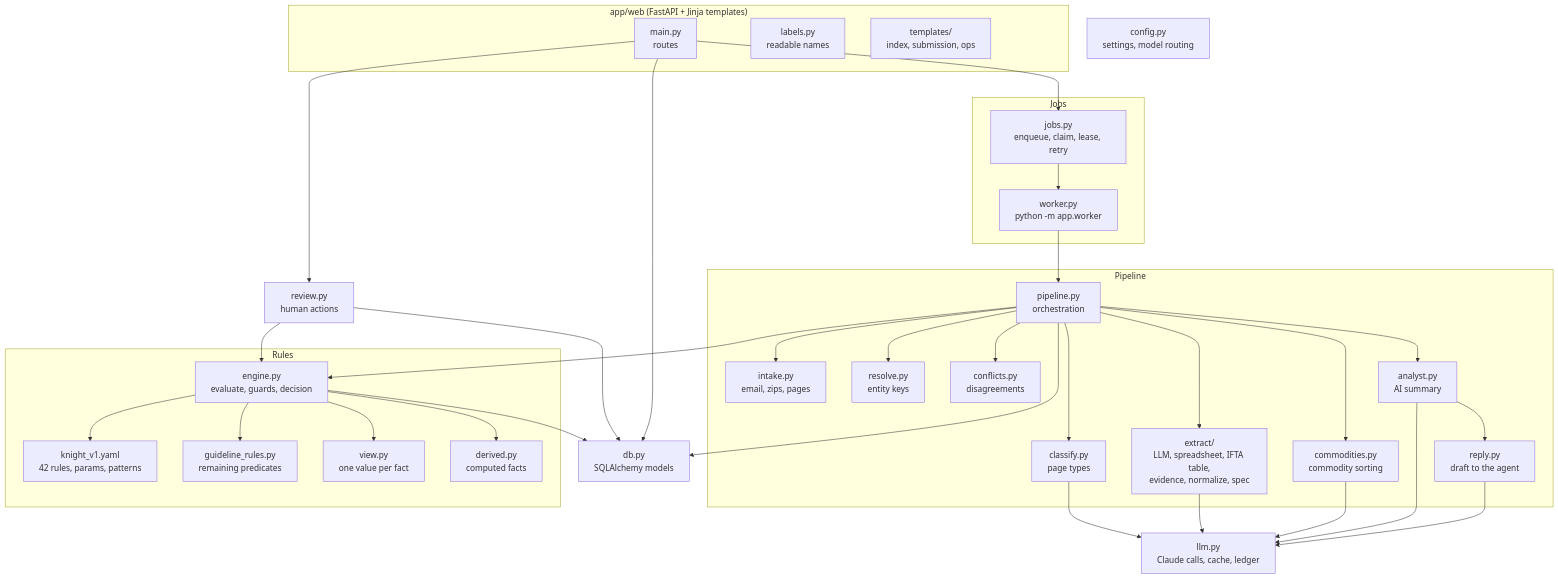
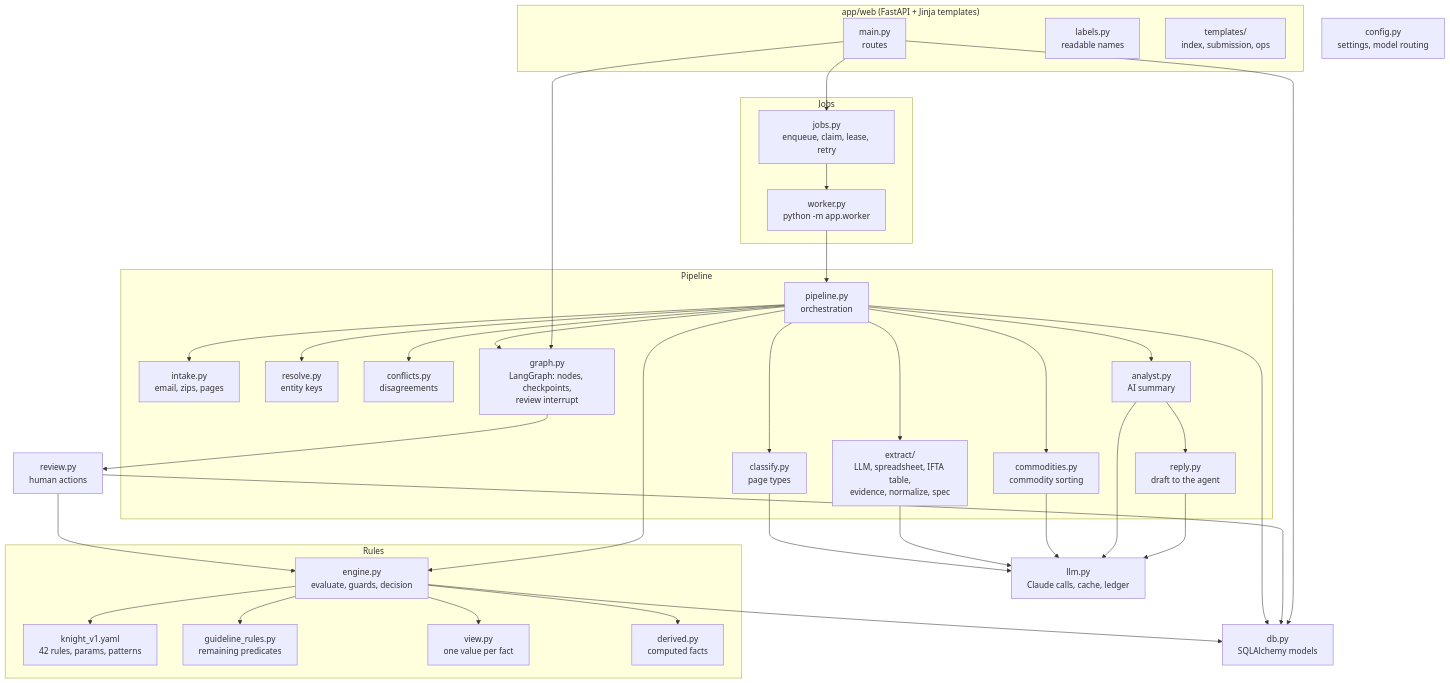
The second of 8 diagrams in docs/ARCHITECTURE.md (shreevershith/knight-insurance-take-home-2), drawn with Mermaid before and after one commit. The commit also changed other lines of this file and 15 other files, not shown here.

Commit message:
LangGraph and LangChain (D-51): stages as graph nodes, Postgres checkpoints, review as interrupt/resume, ChatAnthropic client; switchable, proven equivalent

````diff
--- a/docs/ARCHITECTURE.md
+++ b/docs/ARCHITECTURE.md
@@ -53,42 +53,44 @@
 ```mermaid
 flowchart TB
     subgraph Web["app/web (FastAPI + Jinja templates)"]
         main[main.py<br/>routes]
         labels[labels.py<br/>readable names]
         tpl[templates/<br/>index, submission, ops]
     end
     subgraph Jobs["Jobs"]
         jobs[jobs.py<br/>enqueue, claim, lease, retry]
         worker[worker.py<br/>python -m app.worker]
     end
     subgraph Pipeline["Pipeline"]
         pipeline[pipeline.py<br/>orchestration]
         intake[intake.py<br/>email, zips, pages]
         classify[classify.py<br/>page types]
         extract[extract/<br/>LLM, spreadsheet, IFTA table,<br/>evidence, normalize, spec]
         resolve[resolve.py<br/>entity keys]
         conflicts[conflicts.py<br/>disagreements]
+        lgraph[graph.py<br/>LangGraph: nodes, checkpoints,<br/>review interrupt]
         analyst[analyst.py<br/>AI summary]
         reply[reply.py<br/>draft to the agent]
         commod[commodities.py<br/>commodity sorting]
     end
     subgraph Rules["Rules"]
         yaml[knight_v1.yaml<br/>42 rules, params, patterns]
         engine[engine.py<br/>evaluate, guards, decision]
         grules[guideline_rules.py<br/>remaining predicates]
         view[view.py<br/>one value per fact]
         derived[derived.py<br/>computed facts]
     end
     review[review.py<br/>human actions]
     llm[llm.py<br/>Claude calls, cache, ledger]
     db[db.py<br/>SQLAlchemy models]
     config[config.py<br/>settings, model routing]
 
     main --> jobs --> worker --> pipeline
-    main --> review --> engine
+    pipeline --> lgraph
+    main --> lgraph --> review --> engine
     pipeline --> intake & classify & extract & commod & resolve & conflicts & engine & analyst
     analyst --> reply
     classify & extract & commod & analyst & reply --> llm
     engine --> yaml & grules & view & derived
     pipeline & review & engine & main --> db
 ```
````
